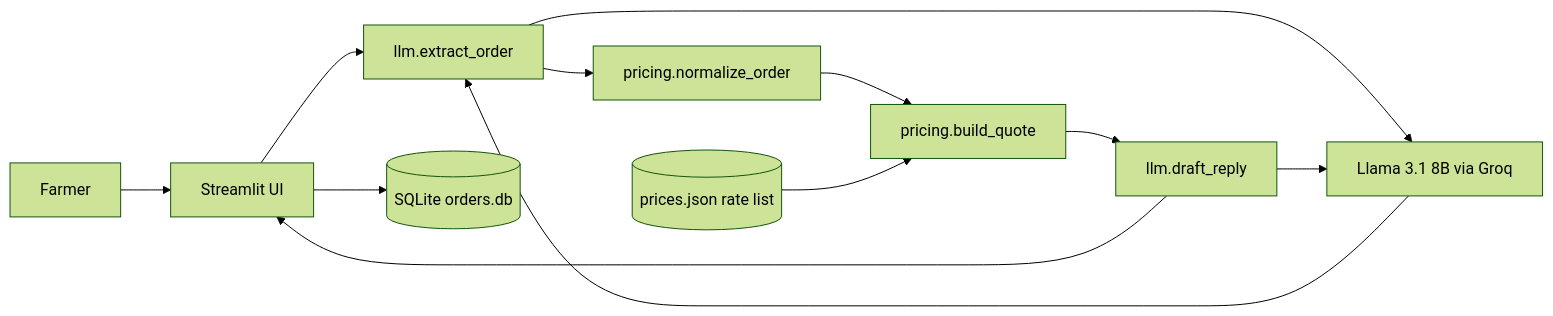
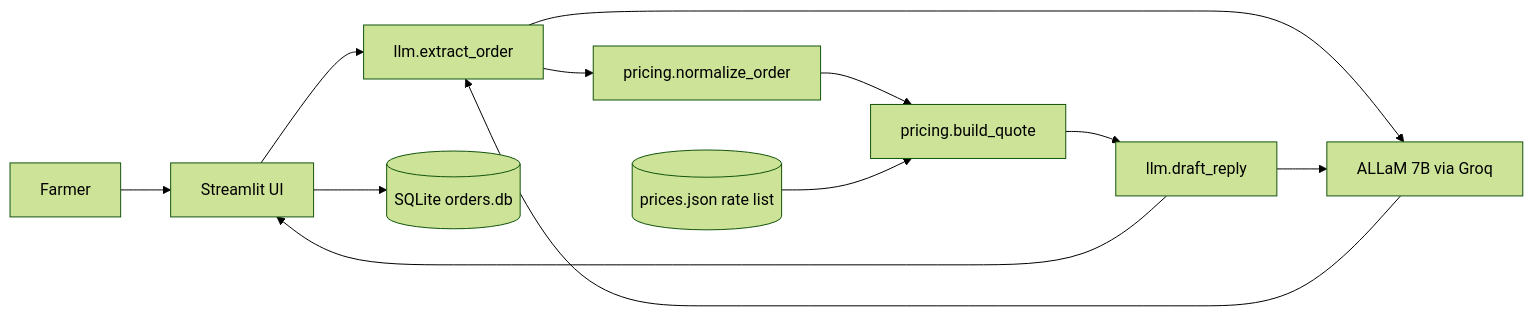
The first of 4 diagrams in README.md (hellohammadi/mandi-desk), drawn with Mermaid (forest theme) before and after one commit. The commit also changed other lines of this file and 2 other files, not shown here.

First line of the commit message:
Use ALLaM 7B (available on Groq account) with JSON fallback parsing

````diff
--- a/README.md
+++ b/README.md
@@ -32,14 +33,14 @@
 ```mermaid
 flowchart LR
   F[Farmer] --> UI[Streamlit UI]
   UI --> X[llm.extract_order]
-  X --> M[Llama 3.1 8B via Groq]
+  X --> M[ALLaM 7B via Groq]
   M --> X
   X --> N[pricing.normalize_order]
   N --> P[pricing.build_quote]
   R[(prices.json rate list)] --> P
   P --> D[llm.draft_reply]
   D --> M
   D --> UI
   UI --> DB[(SQLite orders.db)]
 ```
````
